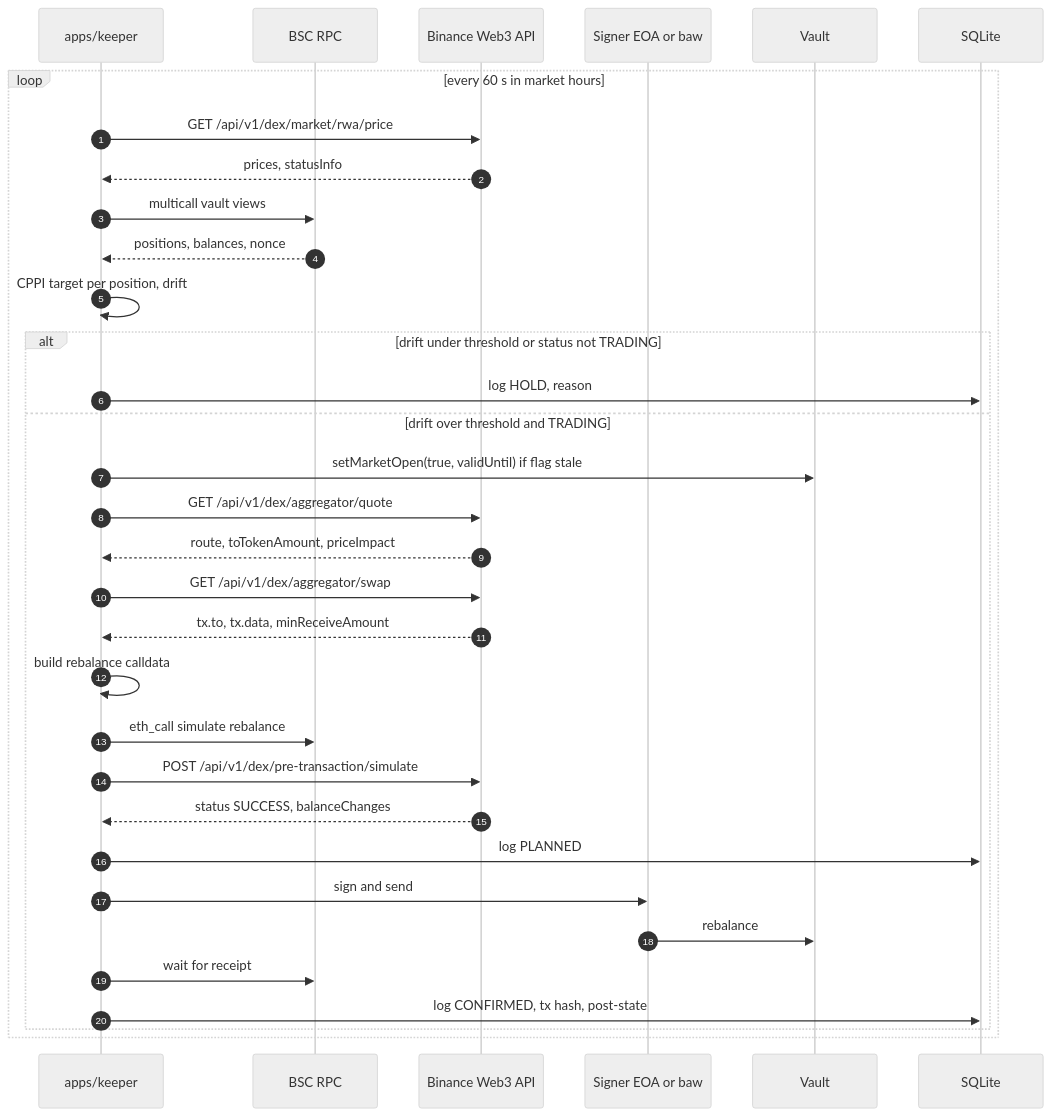
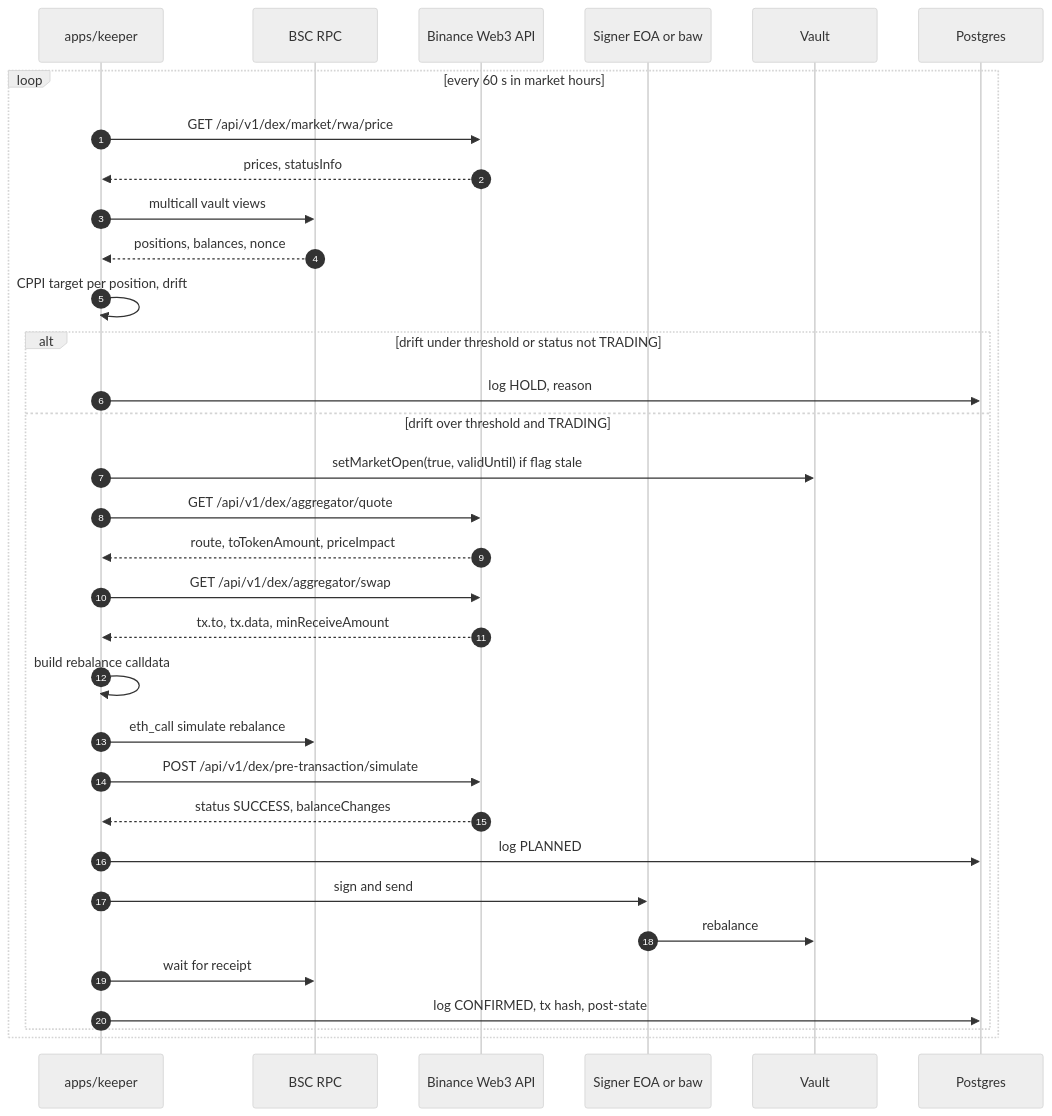
The third of 6 diagrams in docs/ARCHITECTURE.md (ayush18pop/floorbnb), drawn with Mermaid (neutral theme) before and after one commit. The commit also changed other lines of this file, not shown here.

Commit message:
docs: ARCHITECTURE reflects Postgres indexer and b402 as the production facilitator

````diff
--- a/docs/ARCHITECTURE.md
+++ b/docs/ARCHITECTURE.md
@@ -286,36 +286,36 @@
 ```mermaid
 sequenceDiagram
   autonumber
   participant K as apps/keeper
   participant R as BSC RPC
   participant B as Binance Web3 API
   participant S as Signer EOA or baw
   participant V as Vault
-  participant D as SQLite
+  participant D as Postgres
 
   loop every 60 s in market hours
     K->>B: GET /api/v1/dex/market/rwa/price
     B-->>K: prices, statusInfo
     K->>R: multicall vault views
     R-->>K: positions, balances, nonce
     K->>K: CPPI target per position, drift
     alt drift under threshold or status not TRADING
       K->>D: log HOLD, reason
     else drift over threshold and TRADING
       K->>V: setMarketOpen(true, validUntil) if flag stale
       K->>B: GET /api/v1/dex/aggregator/quote
       B-->>K: route, toTokenAmount, priceImpact
       K->>B: GET /api/v1/dex/aggregator/swap
       B-->>K: tx.to, tx.data, minReceiveAmount
       K->>K: build rebalance calldata
       K->>R: eth_call simulate rebalance
       K->>B: POST /api/v1/dex/pre-transaction/simulate
       B-->>K: status SUCCESS, balanceChanges
       K->>D: log PLANNED
       K->>S: sign and send
       S->>V: rebalance
       K->>R: wait for receipt
       K->>D: log CONFIRMED, tx hash, post-state
     end
   end
 ```
````
